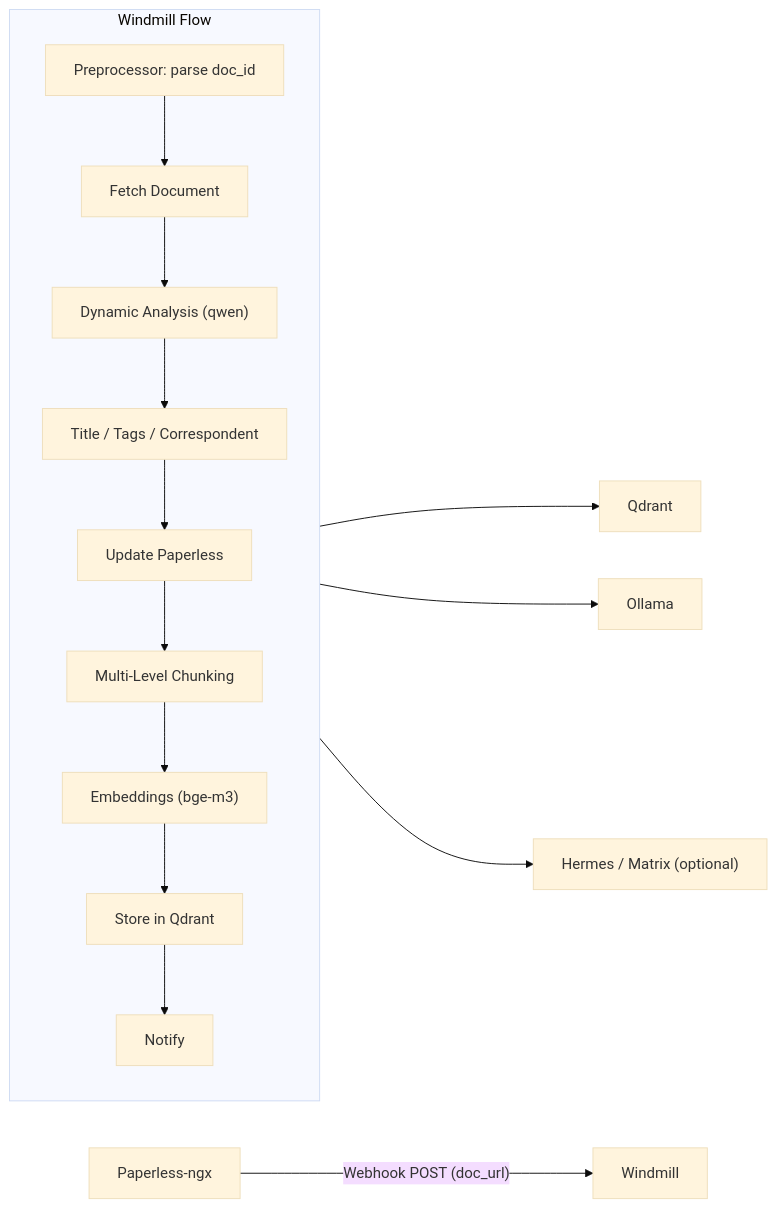
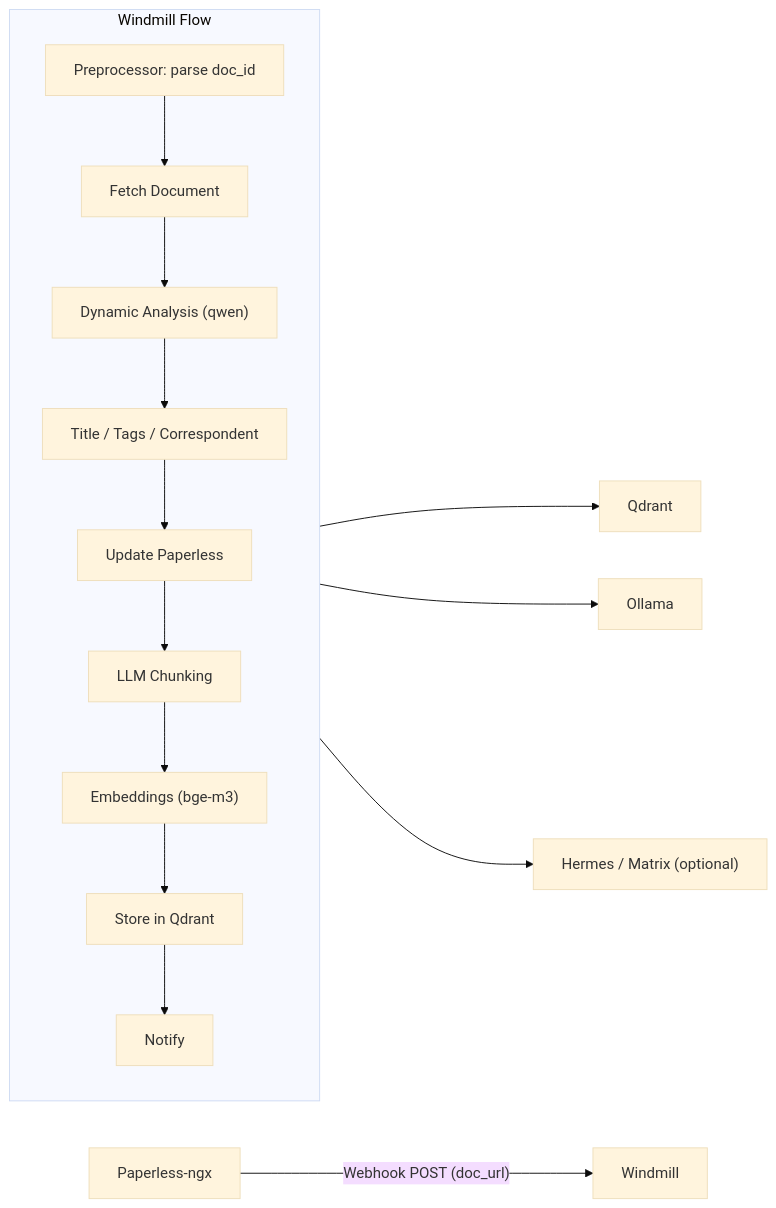
The diagram in README.md (whoppercheese/pAIperless), drawn with Mermaid (base theme) before and after one commit. The commit also changed other lines of this file and 33 other files, not shown here.

````diff
--- a/README.md
+++ b/README.md
@@ -7,18 +7,18 @@
 ```mermaid
 flowchart LR
   PaperlessNgx["Paperless-ngx"] -->|"Webhook POST (doc_url)"| Windmill
   subgraph windmillFlow ["Windmill Flow"]
     direction TB
     Preprocess["Preprocessor: parse doc_id"] --> Fetch["Fetch Document"]
     Fetch --> Classify["Dynamic Analysis (qwen)"]
     Classify --> Metadata["Title / Tags / Correspondent"]
     Metadata --> UpdatePL["Update Paperless"]
-    UpdatePL --> Chunk["Multi-Level Chunking"]
+    UpdatePL --> Chunk["LLM Chunking"]
     Chunk --> Embed["Embeddings (bge-m3)"]
     Embed --> StoreQdrant["Store in Qdrant"]
     StoreQdrant --> Notify["Notify"]
   end
   windmillFlow --> Qdrant
   windmillFlow --> Ollama
   windmillFlow --> Hermes["Hermes / Matrix (optional)"]
 ```
````
